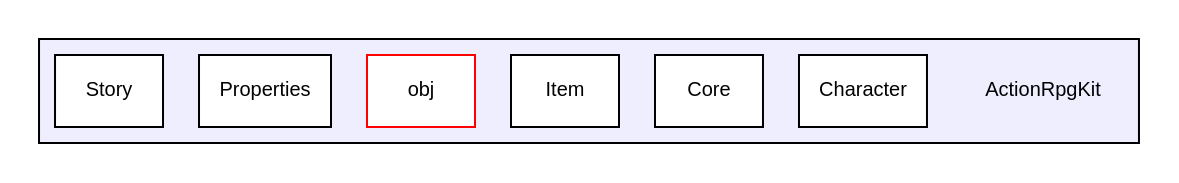
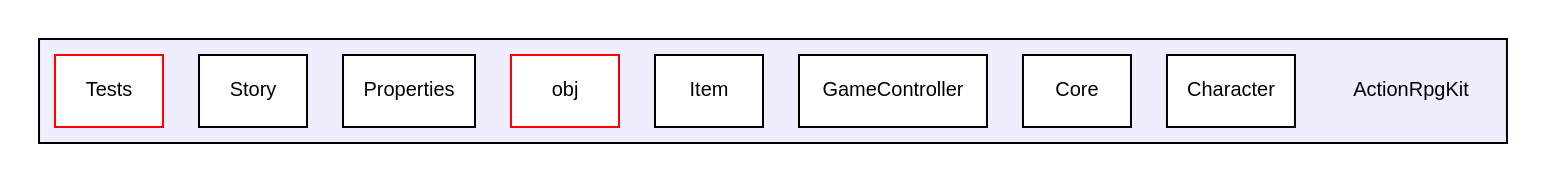
Before and after one commit to PaulSchweizer/ActionRpgKit: the diagram in dir_9ecb837a21b60474ce98456d518a780a_dep.dot, drawn with Graphviz. The commit also changed 572 other files, not shown here.

```diff
--- a/dir_9ecb837a21b60474ce98456d518a780a_dep.dot
+++ b/dir_9ecb837a21b60474ce98456d518a780a_dep.dot
@@ -1,15 +1,17 @@
 digraph "ActionRpgKit" {
   compound=true
   node [ fontsize="10", fontname="Helvetica"];
   edge [ labelfontsize="10", labelfontname="Helvetica"];
   subgraph clusterdir_9ecb837a21b60474ce98456d518a780a {
     graph [ bgcolor="#eeeeff", pencolor="black", label="" URL="dir_9ecb837a21b60474ce98456d518a780a.xhtml"];
     dir_9ecb837a21b60474ce98456d518a780a [shape=plaintext label="ActionRpgKit"];
     dir_5b63fb5974cb1ed5868418ec510a1c8d [shape=box label="Character" color="black" fillcolor="white" style="filled" URL="dir_5b63fb5974cb1ed5868418ec510a1c8d.xhtml"];
     dir_08cc5c503820d31914a2f2729a36eee6 [shape=box label="Core" color="black" fillcolor="white" style="filled" URL="dir_08cc5c503820d31914a2f2729a36eee6.xhtml"];
+    dir_48705c1daef4b9d39bb6940ef38a7f2c [shape=box label="GameController" color="black" fillcolor="white" style="filled" URL="dir_48705c1daef4b9d39bb6940ef38a7f2c.xhtml"];
     dir_82f1619cc2cd5b1e15ccb552710268a6 [shape=box label="Item" color="black" fillcolor="white" style="filled" URL="dir_82f1619cc2cd5b1e15ccb552710268a6.xhtml"];
     dir_8aced4f5cb2570e3fc4d1c2659f00981 [shape=box label="obj" color="red" fillcolor="white" style="filled" URL="dir_8aced4f5cb2570e3fc4d1c2659f00981.xhtml"];
     dir_9dd54d8903da8692d636818bcc9c555e [shape=box label="Properties" color="black" fillcolor="white" style="filled" URL="dir_9dd54d8903da8692d636818bcc9c555e.xhtml"];
     dir_ed0b67d673b419dc884987f7178aa28a [shape=box label="Story" color="black" fillcolor="white" style="filled" URL="dir_ed0b67d673b419dc884987f7178aa28a.xhtml"];
+    dir_85c4bcfa5ceba710e89aab0b6a79eab3 [shape=box label="Tests" color="red" fillcolor="white" style="filled" URL="dir_85c4bcfa5ceba710e89aab0b6a79eab3.xhtml"];
   }
 }
```
